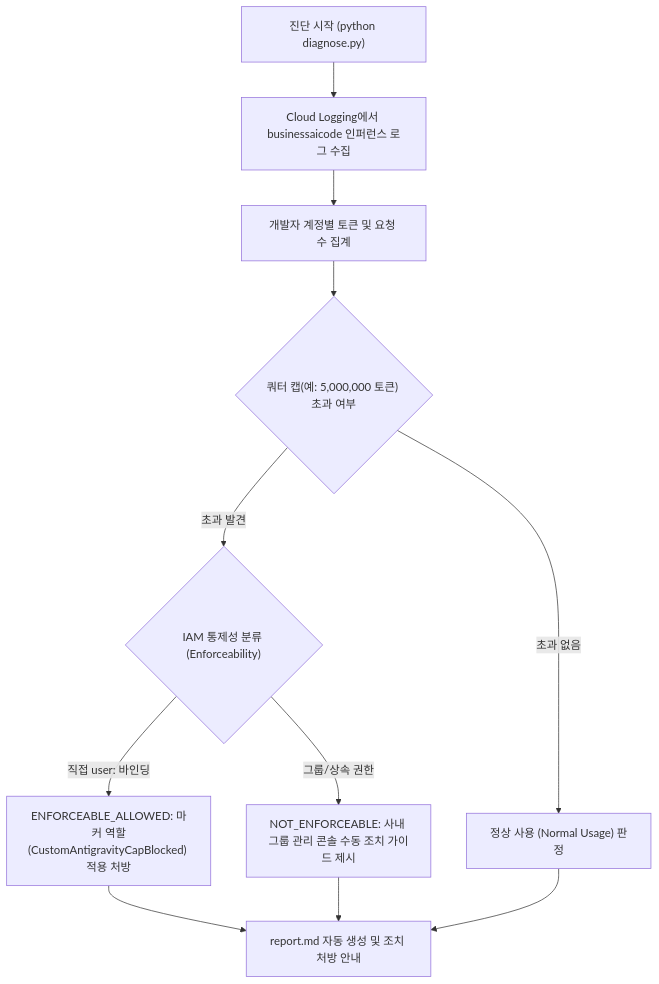
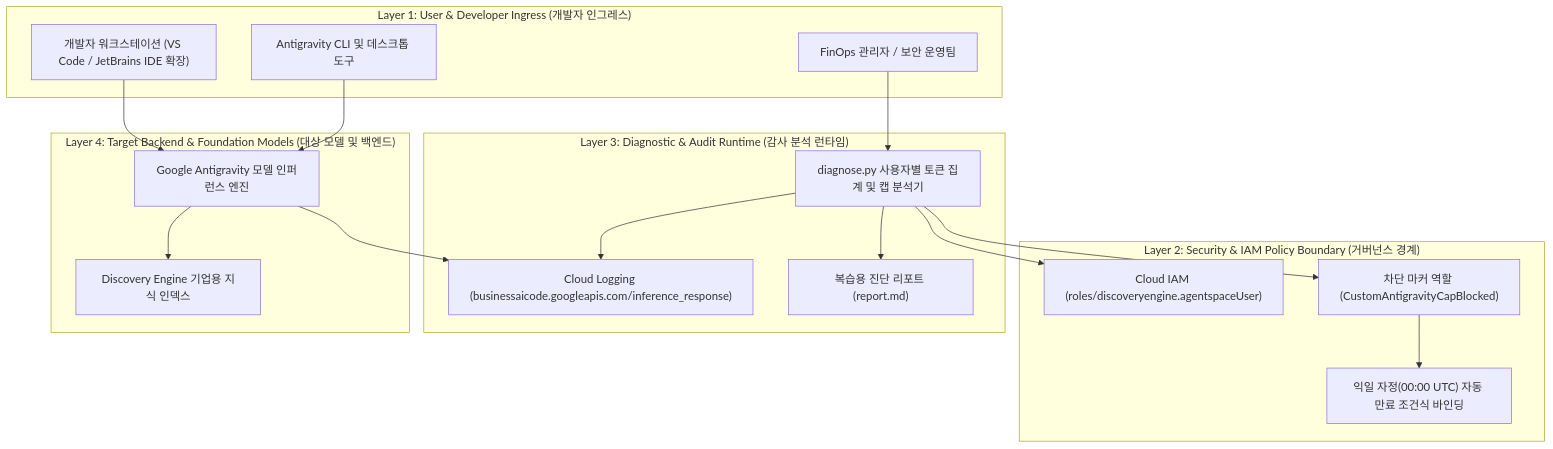
The diagram in samples/antigravity-user-quota-cap/README.md (jiangjun-forge/google-cloud-0-to-1), drawn with Mermaid before and after one commit. The commit also changed other lines of this file and 94 other files, not shown here.

Commit message:
Standardize architecture specifications

````diff
--- a/samples/antigravity-user-quota-cap/README.md
+++ b/samples/antigravity-user-quota-cap/README.md
@@ -71,13 +71,36 @@
 ```mermaid
 flowchart TD
-    A["진단 시작 (python diagnose.py)"] --> B["Cloud Logging에서 businessaicode 인퍼런스 로그 수집"]
-    B --> C["개발자 계정별 토큰 및 요청 수 집계"]
-    C --> D{"쿼터 캡(예: 5,000,000 토큰) 초과 여부"}
-    D -->|초과 없음| E["정상 사용 (Normal Usage) 판정"]
-    D -->|초과 발견| F{"IAM 통제성 분류 (Enforceability)"}
-    F -->|직접 user: 바인딩| G["ENFORCEABLE_ALLOWED: 마커 역할(CustomAntigravityCapBlocked) 적용 처방"]
-    F -->|그룹/상속 권한| H["NOT_ENFORCEABLE: 사내 그룹 관리 콘솔 수동 조치 가이드 제시"]
-    G --> I["report.md 자동 생성 및 조치 처방 안내"]
-    H --> I
-    E --> I
+    subgraph Layer1["Layer 1: User & Developer Ingress (개발자 인그레스)"]
+        DeveloperIDE["개발자 워크스테이션 (VS Code / JetBrains IDE 확장)"]
+        DeveloperCLI["Antigravity CLI 및 데스크톱 도구"]
+        SecOps["FinOps 관리자 / 보안 운영팀"]
+    end
+
+    subgraph Layer2["Layer 2: Security & IAM Policy Boundary (거버넌스 경계)"]
+        IAMPolicy["Cloud IAM (roles/discoveryengine.agentspaceUser)"]
+        CapMarkerRole["차단 마커 역할 (CustomAntigravityCapBlocked)"]
+        ConditionalExpiry["익일 자정(00:00 UTC) 자동 만료 조건식 바인딩"]
+    end
+
+    subgraph Layer3["Layer 3: Diagnostic & Audit Runtime (감사 분석 런타임)"]
+        InferenceLogs["Cloud Logging (businessaicode.googleapis.com/inference_response)"]
+        QuotaCapCLI["diagnose.py 사용자별 토큰 집계 및 캡 분석기"]
+        ReportOutput["복습용 진단 리포트 (report.md)"]
+    end
+
+    subgraph Layer4["Layer 4: Target Backend & Foundation Models (대상 모델 및 백엔드)"]
+        AntigravityBackend["Google Antigravity 모델 인퍼런스 엔진"]
+        DiscoveryEngine["Discovery Engine 기업용 지식 인덱스"]
+    end
+
+    DeveloperIDE --> AntigravityBackend
+    DeveloperCLI --> AntigravityBackend
+    AntigravityBackend --> InferenceLogs
+    AntigravityBackend --> DiscoveryEngine
+    SecOps --> QuotaCapCLI
+    QuotaCapCLI --> InferenceLogs
+    QuotaCapCLI --> IAMPolicy
+    QuotaCapCLI --> CapMarkerRole
+    CapMarkerRole --> ConditionalExpiry
+    QuotaCapCLI --> ReportOutput
 ```
````
